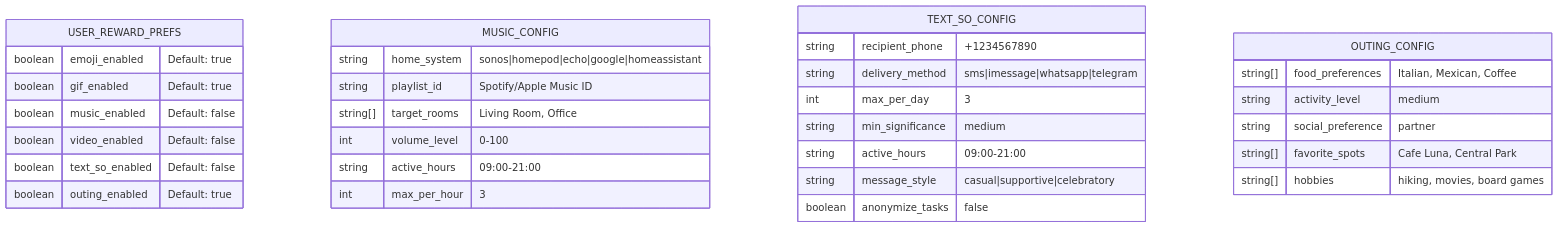
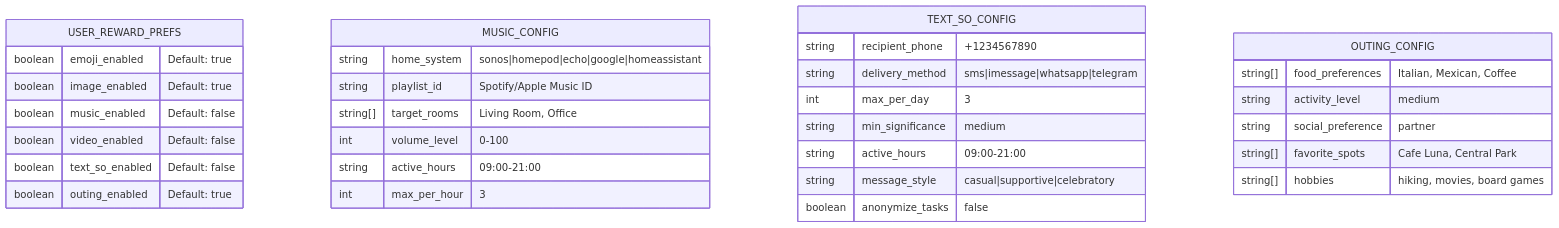
Diagram 15 of 18 in docs/reward-system.md (NickBorgersProbably/hide-my-list), drawn with Mermaid before and after one commit. The commit also changed 1 other file, not shown here.

Commit message:
Apply reviewer-requested fixes: gif_enabled→image_enabled and score wording alignment
- Rename gif_enabled to image_enabled in reward-system.md USER_REWARD_PREFS schema
  to match PR's GIF→image terminology cleanup (Doc Consistency Review)
- Align rejection scoring wording in task-lifecycle.md ("from score") with
  notion-schema.md canonical source (Design Review suggestion)

````diff
--- a/docs/reward-system.md
+++ b/docs/reward-system.md
@@ -719,38 +719,38 @@
 ```mermaid
 erDiagram
     USER_REWARD_PREFS {
         boolean emoji_enabled "Default: true"
-        boolean gif_enabled "Default: true"
+        boolean image_enabled "Default: true"
         boolean music_enabled "Default: false"
         boolean video_enabled "Default: false"
         boolean text_so_enabled "Default: false"
         boolean outing_enabled "Default: true"
     }
 
     MUSIC_CONFIG {
         string home_system "sonos|homepod|echo|google|homeassistant"
         string playlist_id "Spotify/Apple Music ID"
         string[] target_rooms "Living Room, Office"
         int volume_level "0-100"
         string active_hours "09:00-21:00"
         int max_per_hour "3"
     }
 
     TEXT_SO_CONFIG {
         string recipient_phone "+1234567890"
         string delivery_method "sms|imessage|whatsapp|telegram"
         int max_per_day "3"
         string min_significance "medium"
         string active_hours "09:00-21:00"
         string message_style "casual|supportive|celebratory"
         boolean anonymize_tasks "false"
     }
 
     OUTING_CONFIG {
         string[] food_preferences "Italian, Mexican, Coffee"
         string activity_level "medium"
         string social_preference "partner"
         string[] favorite_spots "Cafe Luna, Central Park"
         string[] hobbies "hiking, movies, board games"
     }
 ```
````
